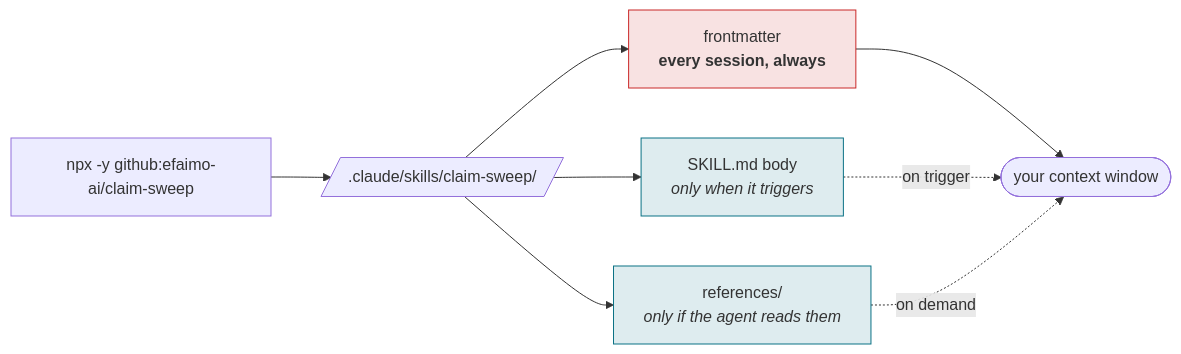
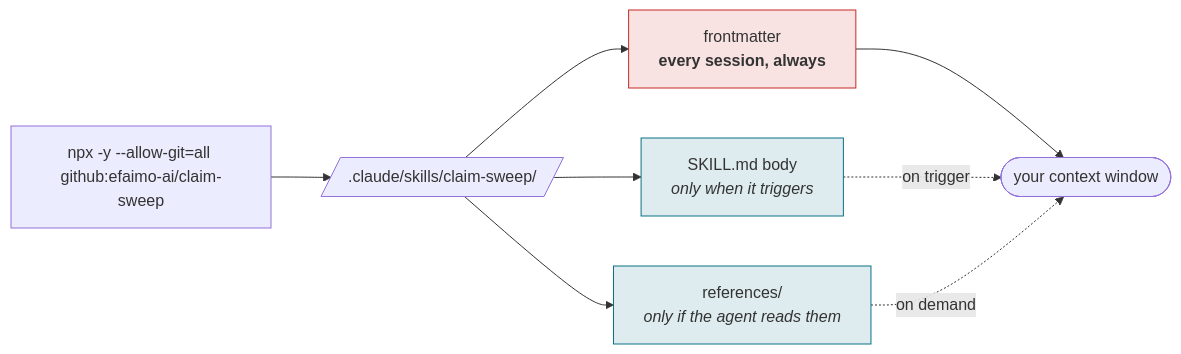
Before and after one commit to efaimo-ai/claim-sweep: the second of 3 diagrams in README.md, drawn with Mermaid. The commit also changed other lines of this file, not shown here.

````diff
--- a/README.md
+++ b/README.md
@@ -144,14 +155,14 @@
 ```mermaid
 flowchart LR
-    N["npx -y github:efaimo-ai/claim-sweep"] --> D[/".claude/skills/claim-sweep/"/]
+    N["npx -y --allow-git=all github:efaimo-ai/claim-sweep"] --> D[/".claude/skills/claim-sweep/"/]
     D --> M["frontmatter<br/><b>every session, always</b>"]
     D --> B["SKILL.md body<br/><i>only when it triggers</i>"]
     D --> R["references/<br/><i>only if the agent reads them</i>"]
     M --> S(["your context window"])
     B -.->|"on trigger"| S
     R -.->|"on demand"| S
     classDef always fill:#c9282822,stroke:#c92828,stroke-width:1px;
     classDef lazy fill:#0b728522,stroke:#0b7285,stroke-width:1px;
     class M always;
     class B,R lazy;
 ```
````
